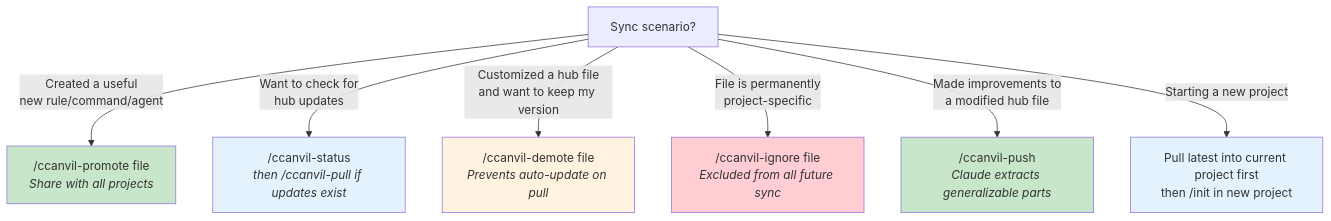
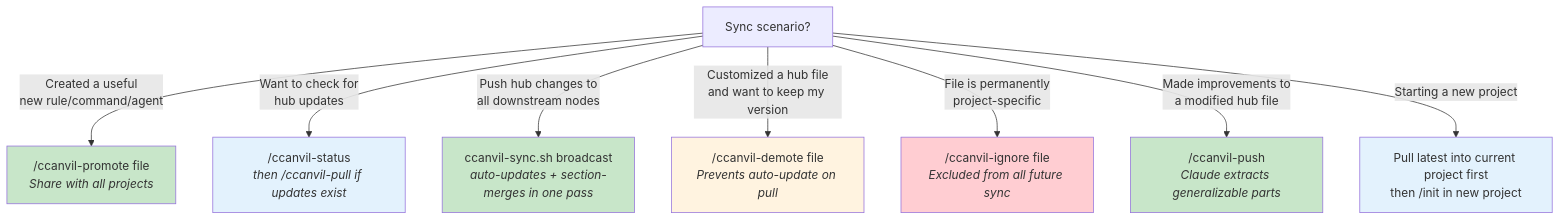
Before and after one commit to goldhaxx/fucina: the third of 3 diagrams in .ccanvil/guide/decision-guide.md, drawn with Mermaid. The commit also changed other lines of this file and 15 other files, not shown here.

First line of the commit message:
chore(sync): pull from hub @ 2810f70

````diff
--- a/.ccanvil/guide/decision-guide.md
+++ b/.ccanvil/guide/decision-guide.md
@@ -46,18 +48,20 @@
 ```mermaid
 flowchart TD
     Q["Sync scenario?"]
 
     Q -->|"Created a useful<br/>new rule/command/agent"| PROMOTE["/ccanvil-promote file<br/><i>Share with all projects</i>"]
     Q -->|"Want to check for<br/>hub updates"| STATUS["/ccanvil-status<br/><i>then /ccanvil-pull if updates exist</i>"]
+    Q -->|"Push hub changes to<br/>all downstream nodes"| BCAST["ccanvil-sync.sh broadcast<br/><i>auto-updates + section-merges in one pass</i>"]
     Q -->|"Customized a hub file<br/>and want to keep my version"| DEMOTE["/ccanvil-demote file<br/><i>Prevents auto-update on pull</i>"]
     Q -->|"File is permanently<br/>project-specific"| IGNORE["/ccanvil-ignore file<br/><i>Excluded from all future sync</i>"]
     Q -->|"Made improvements to<br/>a modified hub file"| PUSH["/ccanvil-push<br/><i>Claude extracts generalizable parts</i>"]
     Q -->|"Starting a new project"| PULL["Pull latest into current project first<br/>then /init in new project"]
 
     style PROMOTE fill:#c8e6c9
     style STATUS fill:#e3f2fd
     style DEMOTE fill:#fff3e0
     style IGNORE fill:#ffcdd2
     style PUSH fill:#c8e6c9
+    style BCAST fill:#c8e6c9
     style PULL fill:#e3f2fd
 ```
````
